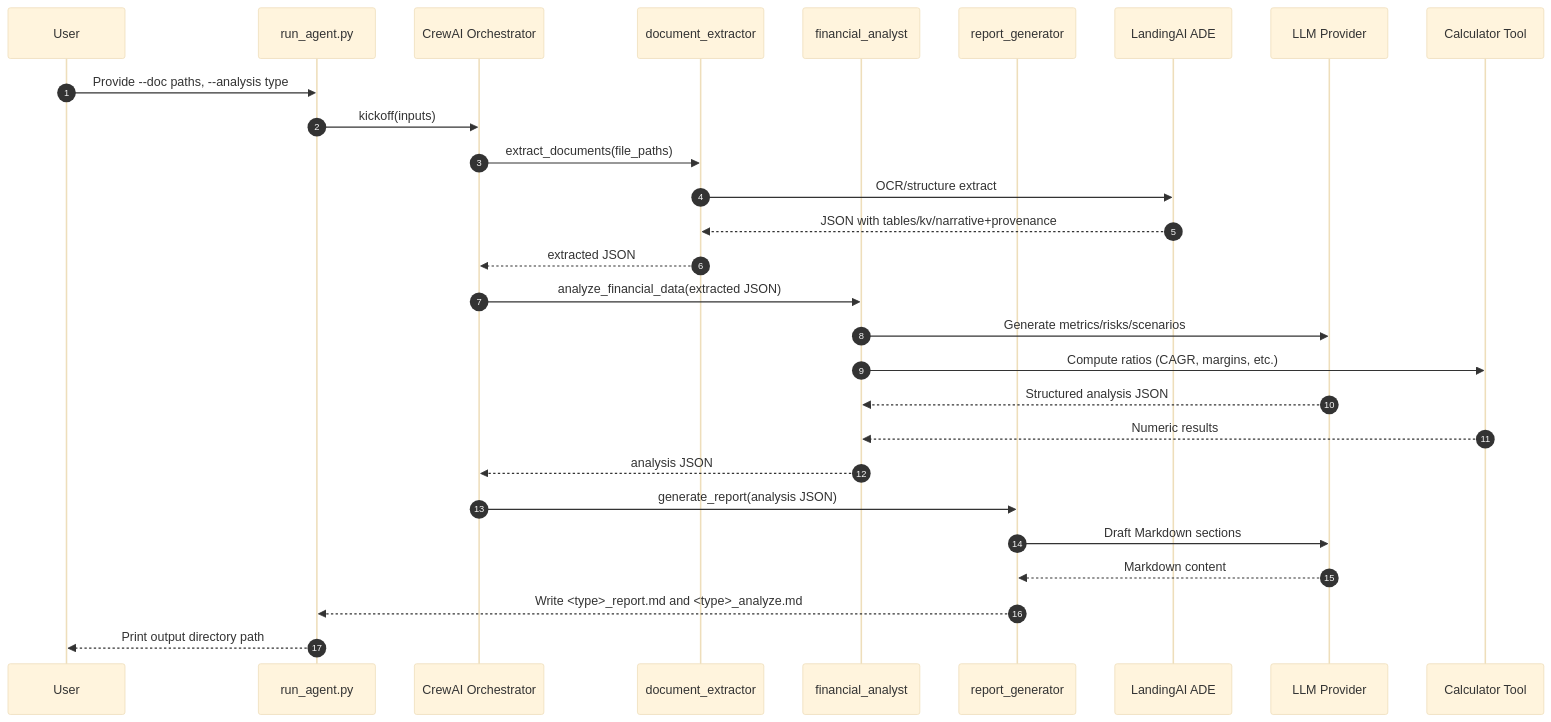
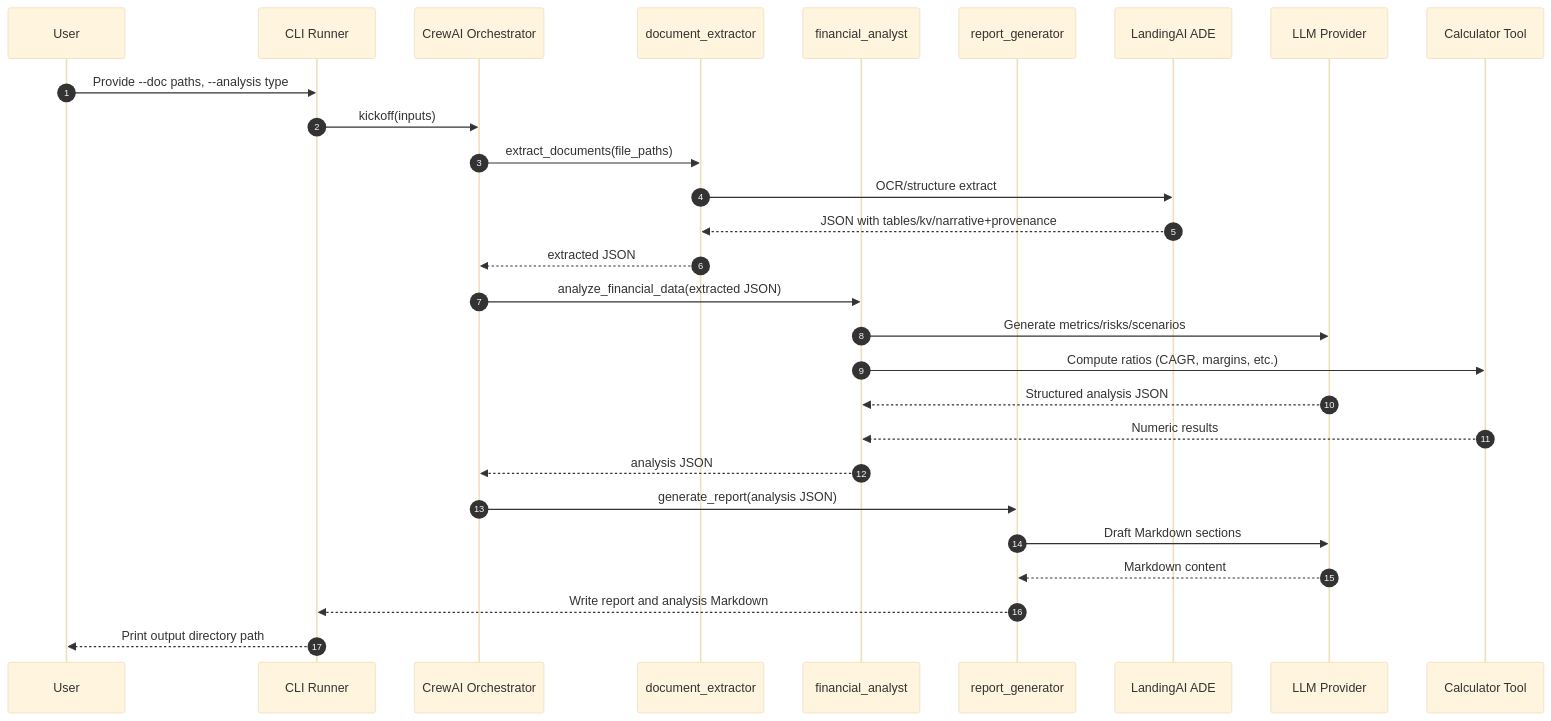
The third of 4 diagrams in docs/presentation.md (HtmMhmd/finantial-analizer), drawn with Mermaid (base theme) before and after one commit. The commit also changed other lines of this file and 7 other files, not shown here.

Commit message:
Add new financial report template and comprehensive analysis for Small Foundation's 2019 performance, including metrics, risk assessment, scenario analysis, and recommendations.

````diff
--- a/docs/presentation.md
+++ b/docs/presentation.md
@@ -52,33 +52,33 @@
 ```mermaid
 sequenceDiagram
   autonumber
   participant U as User
-  participant CLI as run_agent.py
+  participant CLI as CLI Runner
   participant Crew as CrewAI Orchestrator
   participant Ext as document_extractor
   participant Ana as financial_analyst
   participant Rep as report_generator
   participant ADE as LandingAI ADE
   participant LLM as LLM Provider
   participant Calc as Calculator Tool
 
   U->>CLI: Provide --doc paths, --analysis type
   CLI->>Crew: kickoff(inputs)
   Crew->>Ext: extract_documents(file_paths)
   Ext->>ADE: OCR/structure extract
   ADE-->>Ext: JSON with tables/kv/narrative+provenance
   Ext-->>Crew: extracted JSON
 
   Crew->>Ana: analyze_financial_data(extracted JSON)
   Ana->>LLM: Generate metrics/risks/scenarios
   Ana->>Calc: Compute ratios (CAGR, margins, etc.)
   LLM-->>Ana: Structured analysis JSON
   Calc-->>Ana: Numeric results
   Ana-->>Crew: analysis JSON
 
   Crew->>Rep: generate_report(analysis JSON)
   Rep->>LLM: Draft Markdown sections
   LLM-->>Rep: Markdown content
-  Rep-->>CLI: Write <type>_report.md and <type>_analyze.md
+  Rep-->>CLI: Write report and analysis Markdown
   CLI-->>U: Print output directory path
 ```
````
